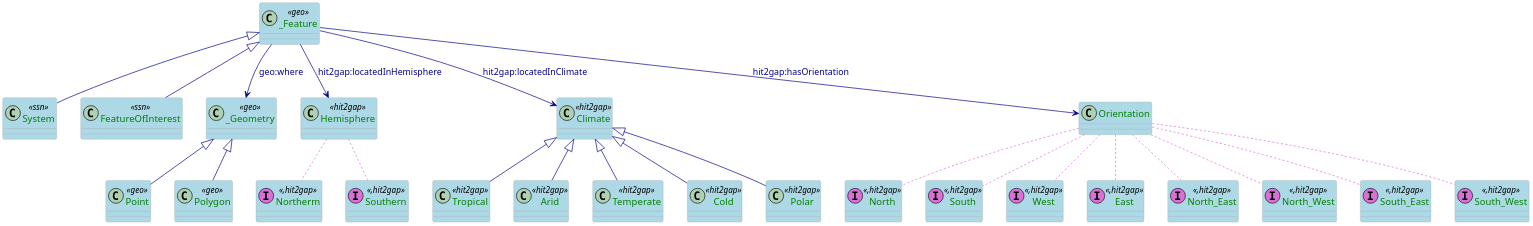
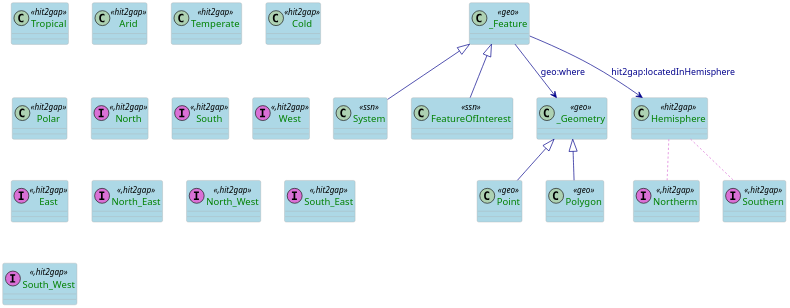
The diagram in docs/_book/plantuml/geo.puml (HIT2GAP-EU-PROJECT/BEMOnt), drawn with PlantUML before and after one commit. The commit also changed 43 other files, not shown here.

```diff
--- a/docs/_book/plantuml/geo.puml
+++ b/docs/_book/plantuml/geo.puml
@@ -1,80 +1,63 @@
 @startuml
 scale 0.7
 
 skinparam class {
   ArrowColor DarkBlue
   ArrowFontColor DarkBlue
   BackgroundColor LightBlue
   BorderColor DarkGrey
 }
 skinparam dpi 300
 skinparam stereotypeCBackgroundColor Wheat
 skinparam classAttributeFontColor  Green
 
 /'
  Definition of the classes referring the SSN-core part
 '/
 class System <<ssn>>
 class FeatureOfInterest <<ssn>>
 
 /'
   Definition of the Geo-core part
 '/
 class _Feature <<geo>>
 class _Geometry <<geo>>
 class Point <<geo>>
 class Polygon <<geo>>
 class Hemisphere <<hit2gap>>
-class Climate <<hit2gap>>
 class Northerm <<(I,orchid),hit2gap>>
 class Southern <<(I,orchid),hit2gap>>
 class Tropical <<hit2gap>>
 class Arid <<hit2gap>>
 class Temperate <<hit2gap>>
 class Cold <<hit2gap>>
 class Polar <<hit2gap>>
 
 class North <<(I,orchid),hit2gap>>
 class South <<(I,orchid),hit2gap>>
 class West <<(I,orchid),hit2gap>>
 class East <<(I,orchid),hit2gap>>
 class North_East <<(I,orchid),hit2gap>>
 class North_West <<(I,orchid),hit2gap>>
 class South_East <<(I,orchid),hit2gap>>
 class South_West <<(I,orchid),hit2gap>>
 
 /'
   Definition of the geospatial part using GeoOWL ontology
 '/
 
 _Feature --> _Geometry: geo:where
 _Geometry <|-- Point
 _Geometry <|-- Polygon
 
 _Feature <|-- FeatureOfInterest
 _Feature <|-- System
 
 _Feature --> Hemisphere: hit2gap:locatedInHemisphere
-_Feature --> Climate: hit2gap:locatedInClimate
-
-_Feature --> Orientation: hit2gap:hasOrientation
-
-Orientation..[#orchid] North
-Orientation..[#orchid] South
-Orientation..[#orchid] West
-Orientation..[#orchid] East
-Orientation..[#orchid] North_East
-Orientation..[#orchid] North_West
-Orientation..[#orchid] South_East
-Orientation..[#orchid] South_West
 
 Hemisphere ..[#orchid] Northerm
 Hemisphere ..[#orchid] Southern
 
-Climate <|-- Tropical
-Climate <|-- Arid
-Climate <|-- Temperate
-Climate <|-- Cold
-Climate <|-- Polar
+
 
 @enduml
```
